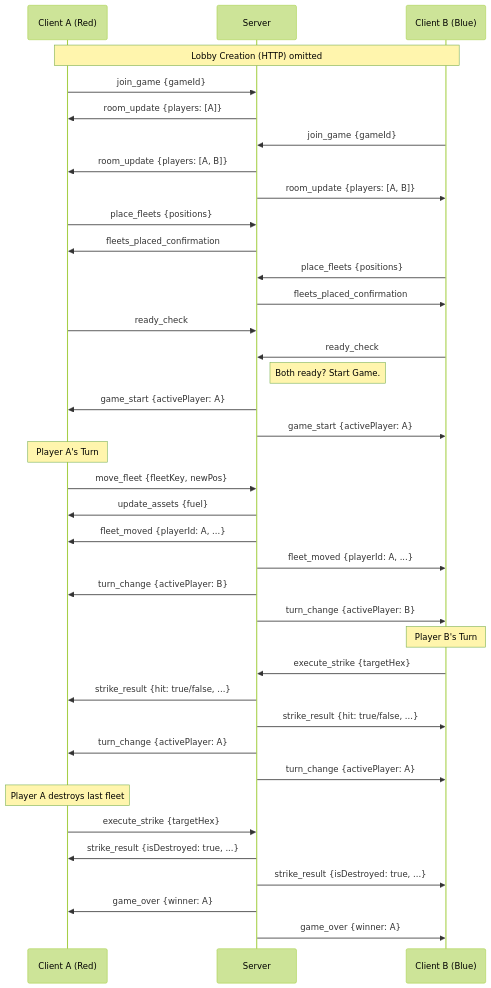
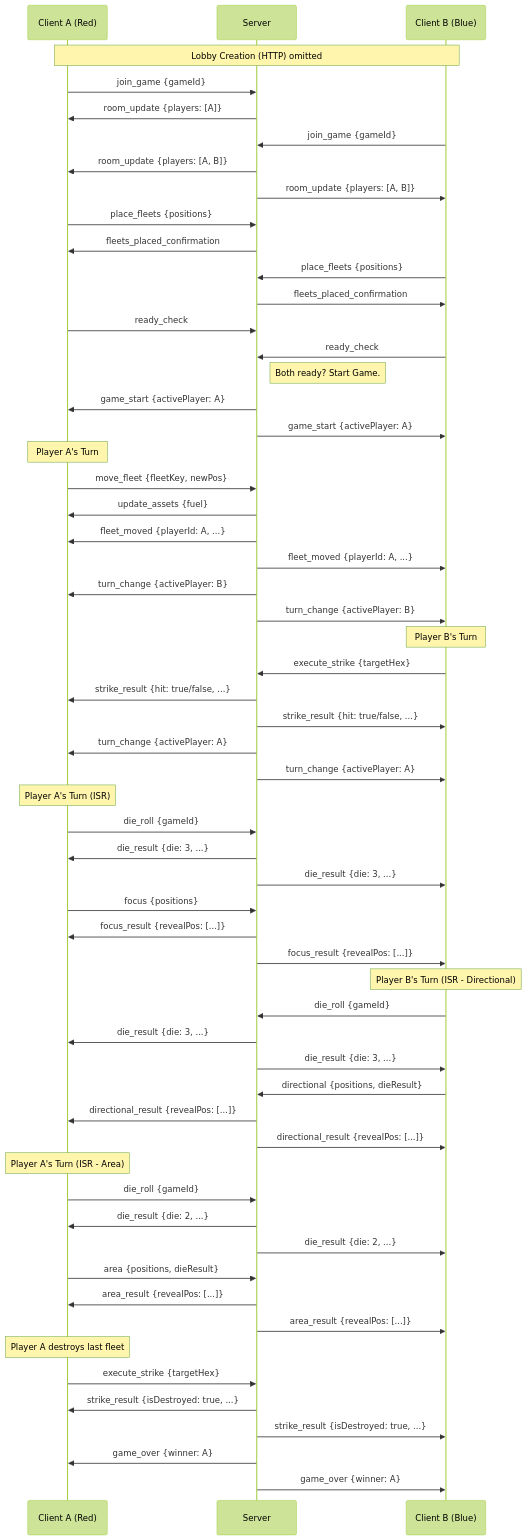
Before and after one commit to Bingostew/FFF: the diagram in server/API_DOCUMENTATION.md, drawn with Mermaid (forest theme). The commit also changed other lines of this file and 1 other file, not shown here.

Commit message:
fix: fixed isr

````diff
--- a/server/API_DOCUMENTATION.md
+++ b/server/API_DOCUMENTATION.md
@@ -372,53 +462,81 @@
 ```mermaid
 sequenceDiagram
     participant A as Client A (Red)
     participant S as Server
     participant B as Client B (Blue)
 
     Note over A, B: Lobby Creation (HTTP) omitted
 
     %% Joining
     A->>S: join_game {gameId}
     S->>A: room_update {players: [A]}
     B->>S: join_game {gameId}
     S->>A: room_update {players: [A, B]}
     S->>B: room_update {players: [A, B]}
 
     %% Placement
     A->>S: place_fleets {positions}
     S->>A: fleets_placed_confirmation
     B->>S: place_fleets {positions}
     S->>B: fleets_placed_confirmation
 
     %% Ready Up
     A->>S: ready_check
     B->>S: ready_check
     Note right of S: Both ready? Start Game.
     S->>A: game_start {activePlayer: A}
     S->>B: game_start {activePlayer: A}
 
     %% Turn 1: Move
     Note over A: Player A's Turn
     A->>S: move_fleet {fleetKey, newPos}
     S->>A: update_assets {fuel}
     S->>A: fleet_moved {playerId: A, ...}
     S->>B: fleet_moved {playerId: A, ...}
     S->>A: turn_change {activePlayer: B}
     S->>B: turn_change {activePlayer: B}
 
     %% Turn 2: Strike
     Note over B: Player B's Turn
     B->>S: execute_strike {targetHex}
     S->>A: strike_result {hit: true/false, ...}
     S->>B: strike_result {hit: true/false, ...}
     S->>A: turn_change {activePlayer: A}
     S->>B: turn_change {activePlayer: A}
 
+    %% Turn 3: ISR Action
+    Note over A: Player A's Turn (ISR)
+    A->>S: die_roll {gameId}
+    S->>A: die_result {die: 3, ...}
+    S->>B: die_result {die: 3, ...}
+    A->>S: focus {positions}
+    S->>A: focus_result {revealPos: [...]}
+    S->>B: focus_result {revealPos: [...]}
+
+    %% Turn 4: ISR Action (Directional)
+    Note over B: Player B's Turn (ISR - Directional)
+    B->>S: die_roll {gameId}
+    S->>A: die_result {die: 3, ...}
+    S->>B: die_result {die: 3, ...}
+    B->>S: directional {positions, dieResult}
+    S->>A: directional_result {revealPos: [...]}
+    S->>B: directional_result {revealPos: [...]}
+
+    %% Turn 5: ISR Action (Area)
+    Note over A: Player A's Turn (ISR - Area)
+    A->>S: die_roll {gameId}
+    S->>A: die_result {die: 2, ...}
+    S->>B: die_result {die: 2, ...}
+    A->>S: area {positions, dieResult}
+    S->>A: area_result {revealPos: [...]}
+    S->>B: area_result {revealPos: [...]}
+    
+
     %% Game Over Condition
     Note over A: Player A destroys last fleet
     A->>S: execute_strike {targetHex}
     S->>A: strike_result {isDestroyed: true, ...}
     S->>B: strike_result {isDestroyed: true, ...}
     S->>A: game_over {winner: A}
     S->>B: game_over {winner: A}
 ```
````
